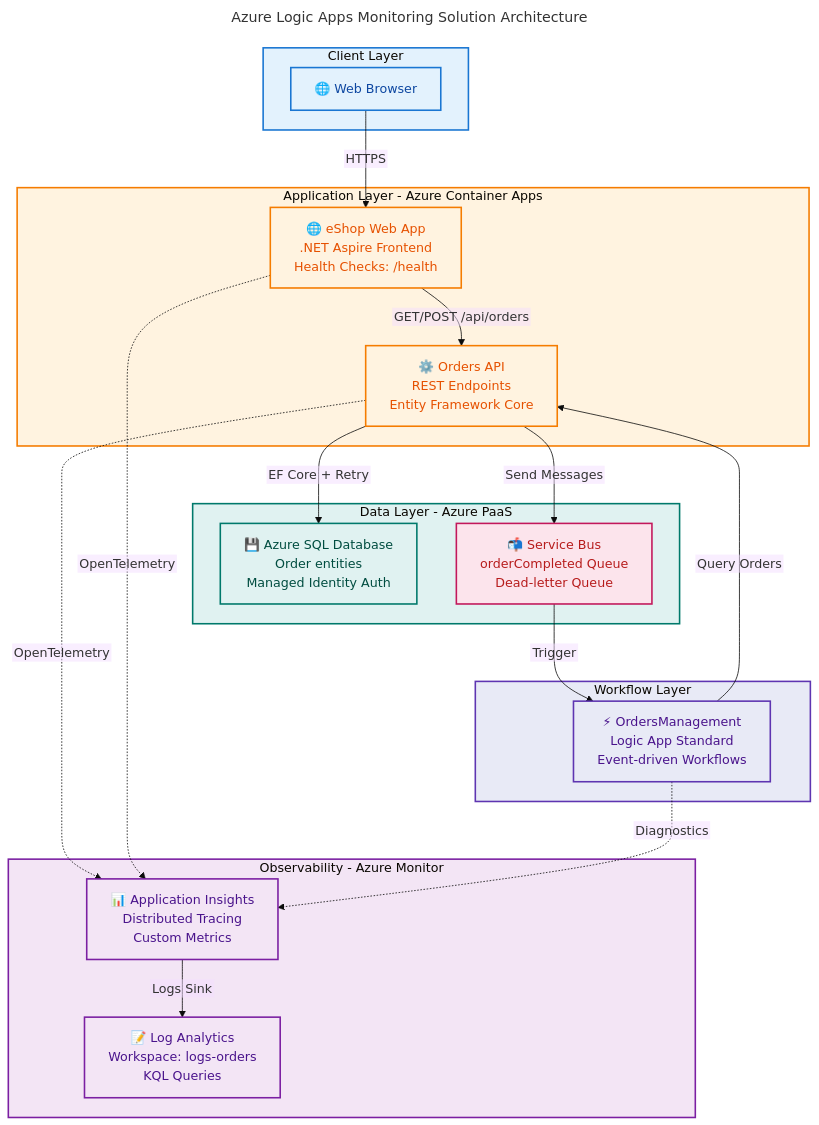
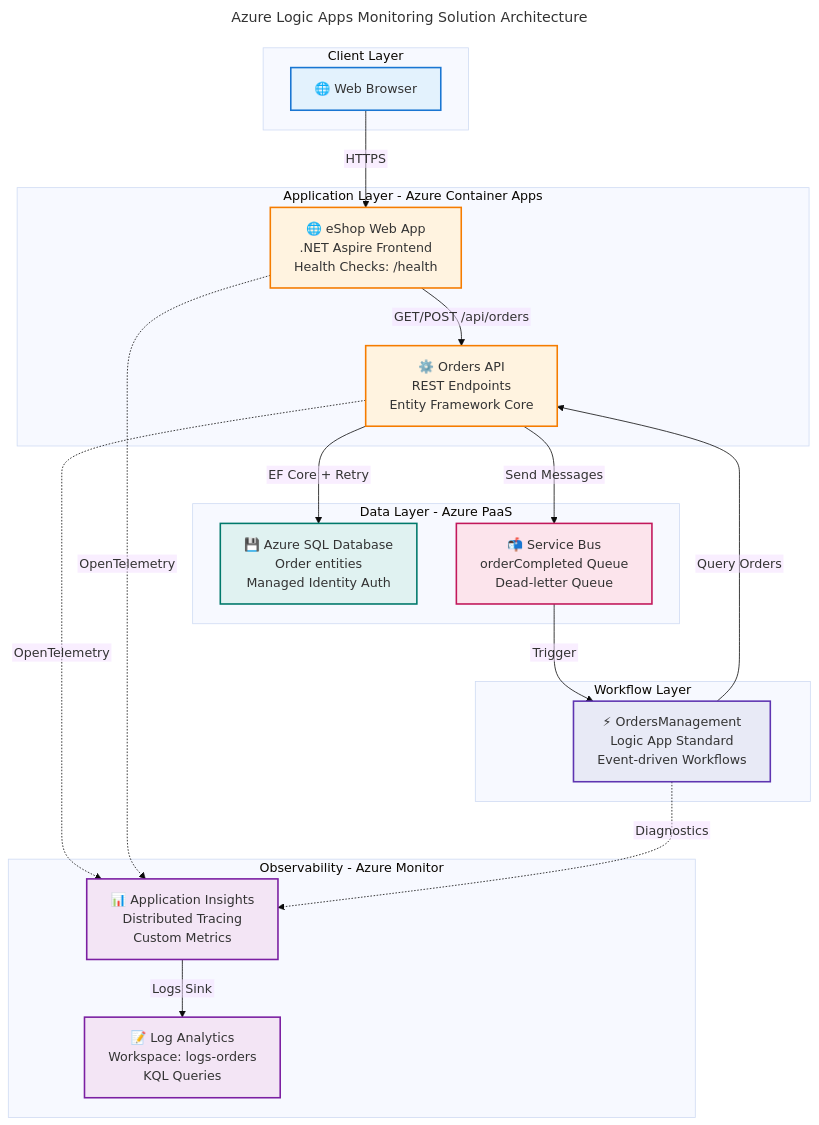
One commit to Evilazaro/Azure-LogicApps-Monitoring changed the diagram in README.md. Above: the diagram before and after it, drawn with Mermaid.

Commit message:
docs: refine flowchart structure and styling for enhanced clarity and consistency

````diff
--- a/README.md
+++ b/README.md
@@ -92,69 +92,56 @@
 ```mermaid
 ---
 title: "Azure Logic Apps Monitoring Solution Architecture"
 config:
   theme: base
   flowchart:
     htmlLabels: false
 ---
 graph TB
     accTitle: Azure Logic Apps Monitoring Solution Architecture
     accDescr: Shows layered microservices architecture with Client Layer, Application Layer, Workflow Layer, Data Layer, and Observability components with their interactions
 
-    subgraph clientLayer["Client Layer"]
-        Client["🌐 Web Browser"]:::clientColor
+    subgraph "Client Layer"
+        Client["🌐 Web Browser"]
     end
 
-    subgraph appLayer["Application Layer - Azure Container Apps"]
-        WebApp["🌐 eShop Web App<br/>.NET Aspire Frontend<br/>Health Checks: /health"]:::apiColor
-        OrdersAPI["⚙️ Orders API<br/>REST Endpoints<br/>Entity Framework Core"]:::apiColor
+    subgraph "Application Layer - Azure Container Apps"
+        WebApp["🌐 eShop Web App<br/>.NET Aspire Frontend<br/>Health Checks: /health"]
+        OrdersAPI["⚙️ Orders API<br/>REST Endpoints<br/>Entity Framework Core"]
     end
 
-    subgraph workflowLayer["Workflow Layer"]
-        LogicApp["⚡ OrdersManagement<br/>Logic App Standard<br/>Event-driven Workflows"]:::workflowColor
+    subgraph "Workflow Layer"
+        LogicApp["⚡ OrdersManagement<br/>Logic App Standard<br/>Event-driven Workflows"]
     end
 
-    subgraph dataLayer["Data Layer - Azure PaaS"]
-        SQL["💾 Azure SQL Database<br/>Order entities<br/>Managed Identity Auth"]:::dataColor
-        ServiceBus["📬 Service Bus<br/>orderCompleted Queue<br/>Dead-letter Queue"]:::messagingColor
+    subgraph "Data Layer - Azure PaaS"
+        SQL["💾 Azure SQL Database<br/>Order entities<br/>Managed Identity Auth"]
+        ServiceBus["📬 Service Bus<br/>orderCompleted Queue<br/>Dead-letter Queue"]
     end
 
-    subgraph observability["Observability - Azure Monitor"]
-        AppInsights["📊 Application Insights<br/>Distributed Tracing<br/>Custom Metrics"]:::observabilityColor
-        LogAnalytics["📝 Log Analytics<br/>Workspace: logs-orders<br/>KQL Queries"]:::observabilityColor
+    subgraph "Observability - Azure Monitor"
+        AppInsights["📊 Application Insights<br/>Distributed Tracing<br/>Custom Metrics"]
+        LogAnalytics["📝 Log Analytics<br/>Workspace: logs-orders<br/>KQL Queries"]
     end
 
     Client -->|HTTPS| WebApp
     WebApp -->|"GET/POST /api/orders"| OrdersAPI
     OrdersAPI -->|"EF Core + Retry"| SQL
     OrdersAPI -->|"Send Messages"| ServiceBus
     ServiceBus -->|Trigger| LogicApp
     LogicApp -->|Query Orders| OrdersAPI
 
     OrdersAPI -.->|OpenTelemetry| AppInsights
     WebApp -.->|OpenTelemetry| AppInsights
     LogicApp -.->|Diagnostics| AppInsights
     AppInsights -->|Logs Sink| LogAnalytics
 
-    %% Semantic color definitions (lighter, softer palette for better readability)
-    classDef clientColor fill:#E3F2FD,stroke:#1976D2,stroke-width:2px,color:#0D47A1
-    classDef apiColor fill:#FFF3E0,stroke:#F57C00,stroke-width:2px,color:#E65100
-    classDef workflowColor fill:#E8EAF6,stroke:#5E35B1,stroke-width:2px,color:#4A148C
-    classDef dataColor fill:#E0F2F1,stroke:#00796B,stroke-width:2px,color:#004D40
-    classDef messagingColor fill:#FCE4EC,stroke:#C2185B,stroke-width:2px,color:#B71C1C
-    classDef observabilityColor fill:#F3E5F5,stroke:#7B1FA2,stroke-width:2px,color:#4A148C
-
-    %% Subgraph styling (light, clean backgrounds)
-    style clientLayer fill:#E3F2FD,stroke:#1976D2,stroke-width:2px
-    style appLayer fill:#FFF3E0,stroke:#F57C00,stroke-width:2px
-    style workflowLayer fill:#E8EAF6,stroke:#5E35B1,stroke-width:2px
-    style dataLayer fill:#E0F2F1,stroke:#00796B,stroke-width:2px
-    style observability fill:#F3E5F5,stroke:#7B1FA2,stroke-width:2px
-
-    %% Color Palette Reference (Material Design inspired):
-    %% Light Blue (#E3F2FD): Client/User interfaces
-    %% Light Orange (#FFF3E0): API/Application services
-    %% Light Purple (#E8EAF6): Workflow orchestration & (#F3E5F5) Observability
-    %% Light Teal (#E0F2F1): Data storage/persistence
-    %% Light Red (#FCE4EC): Messaging/Communication
+    style Client fill:#E3F2FD,stroke:#1976D2,stroke-width:2px
+    style WebApp fill:#FFF3E0,stroke:#F57C00,stroke-width:2px
+    style OrdersAPI fill:#FFF3E0,stroke:#F57C00,stroke-width:2px
+    style LogicApp fill:#E8EAF6,stroke:#5E35B1,stroke-width:2px
+    style SQL fill:#E0F2F1,stroke:#00796B,stroke-width:2px
+    style ServiceBus fill:#FCE4EC,stroke:#C2185B,stroke-width:2px
+    style AppInsights fill:#F3E5F5,stroke:#7B1FA2,stroke-width:2px
+    style LogAnalytics fill:#F3E5F5,stroke:#7B1FA2,stroke-width:2px
 ```
````
